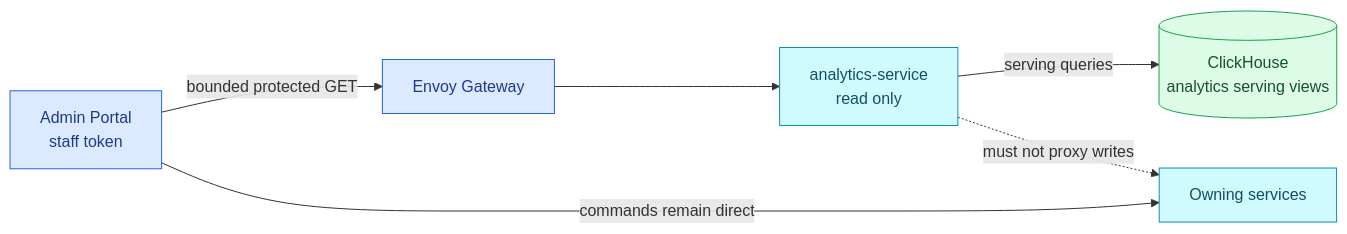
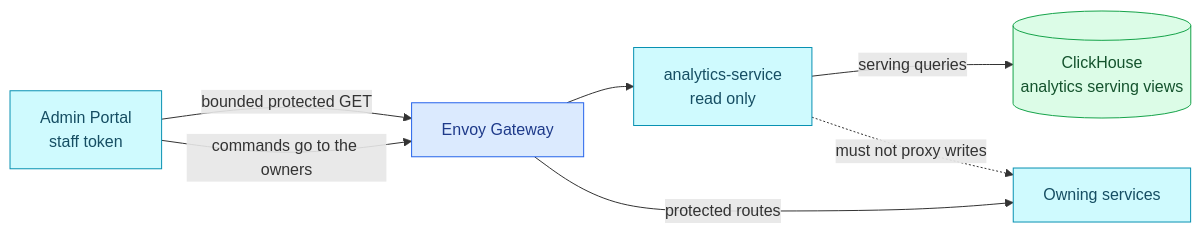
Before and after one commit to duynhlab/homelab: the diagram in docs/proposals/adr/ADR-069-serve-commerce-analytics-through-read-only-service/README.md, drawn with Mermaid. The commit also changed 11 other files, not shown here.

Commit message:
Redraw RFC-0030's Mermaid diagrams as deployed (#1385)

````diff
--- a/docs/proposals/adr/ADR-069-serve-commerce-analytics-through-read-only-service/README.md
+++ b/docs/proposals/adr/ADR-069-serve-commerce-analytics-through-read-only-service/README.md
@@ -148,15 +148,16 @@
 ```mermaid
 flowchart LR
     A["Admin Portal<br/>staff token"] -->|"bounded protected GET"| E["Envoy Gateway"]
     E --> S["analytics-service<br/>read only"]
     S -->|"serving queries"| CH[("ClickHouse<br/>analytics serving views")]
-    A -->|"commands remain direct"| OWN["Owning services"]
+    A -->|"commands go to the owners"| E
+    E -->|"protected routes"| OWN["Owning services"]
     S -.->|"must not proxy writes"| OWN
 
     classDef edge fill:#dbeafe,color:#1e3a8a,stroke:#2563eb;
     classDef service fill:#cffafe,color:#164e63,stroke:#0891b2;
     classDef data fill:#dcfce7,color:#14532d,stroke:#16a34a;
-    class A,E edge;
-    class S,OWN service;
+    class E edge;
+    class A,S,OWN service;
     class CH data;
 ```
````
